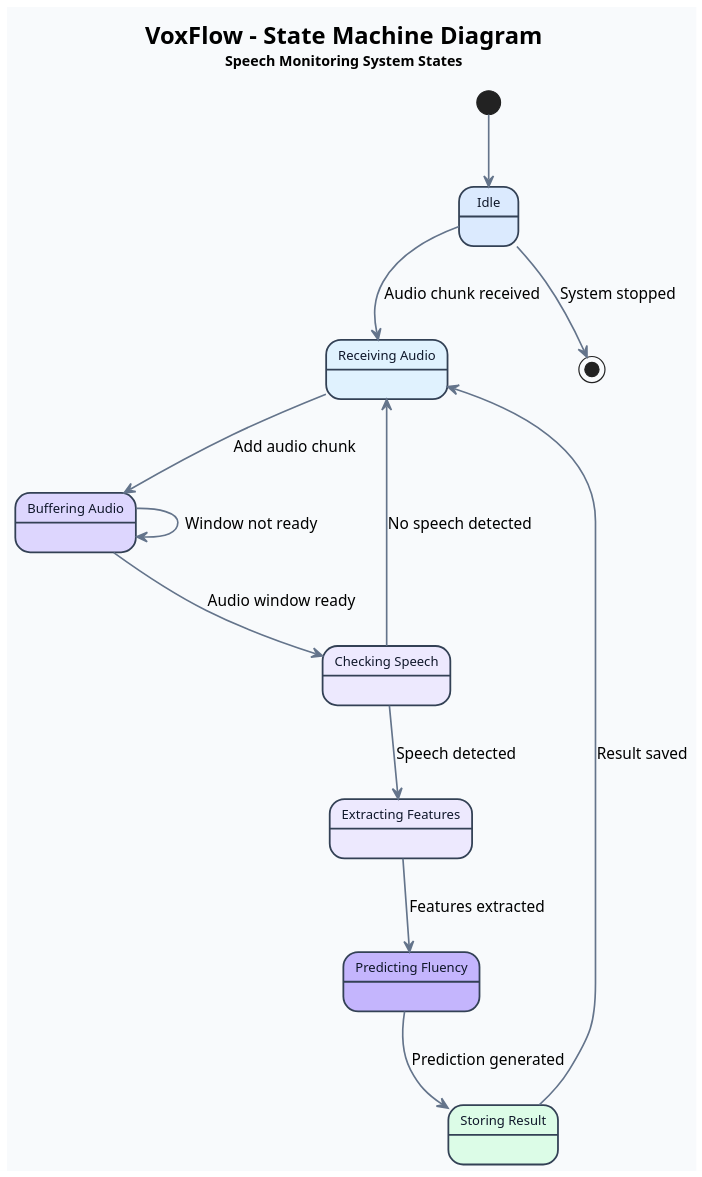
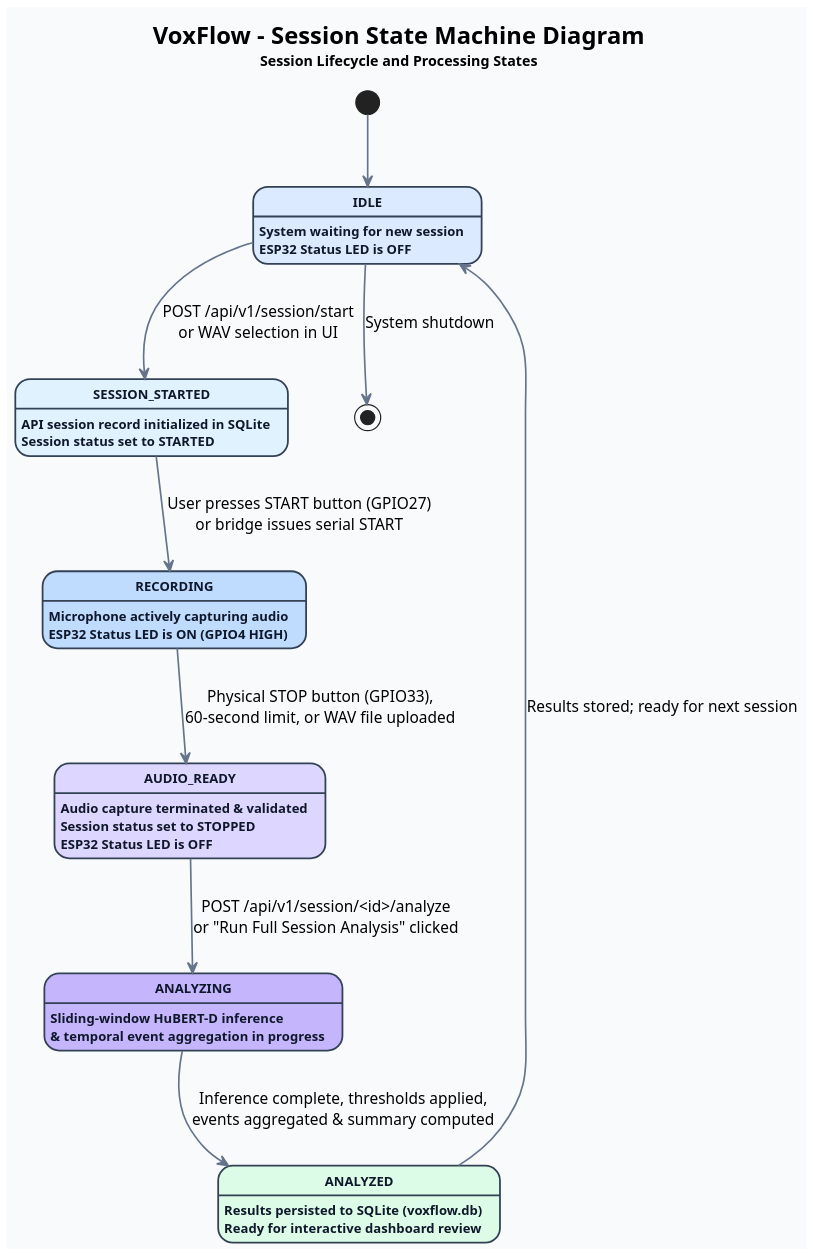
The diagram in VoxFlow_uml/VoxFlow_uml/uml/07_state_machine.puml (PetaSivaNandhanReddy/voxflow), drawn with PlantUML before and after one commit. The commit also changed 31 other files, not shown here.

Commit message:
docs: align uml architecture with final voxflow system

```diff
--- a/VoxFlow_uml/VoxFlow_uml/uml/07_state_machine.puml
+++ b/VoxFlow_uml/VoxFlow_uml/uml/07_state_machine.puml
@@ -1,51 +1,50 @@
 @startuml
-
-title <size:20><b>VoxFlow - State Machine Diagram</b></size>\n<size:12>Speech Monitoring System States</size>
+title <size:20><b>VoxFlow - Session State Machine Diagram</b></size>\n<size:12>Session Lifecycle and Processing States</size>
 
 top to bottom direction
 
 skinparam backgroundColor #F8FAFC
 skinparam shadowing false
 skinparam dpi 170
 
 skinparam state {
     BackgroundColor #FFFFFF
     BorderColor #334155
     BorderThickness 1.5
     FontColor #0F172A
     FontSize 11
+    FontStyle bold
 }
 
 skinparam ArrowColor #64748B
 skinparam ArrowThickness 1.4
 
+state "IDLE" as Idle #DBEAFE : System waiting for new session\nESP32 Status LED is OFF
 
-state "Idle" as Idle #DBEAFE
-state "Receiving Audio" as Receive #E0F2FE
-state "Buffering Audio" as Buffer #DDD6FE
-state "Checking Speech" as Speech #EDE9FE
-state "Extracting Features" as Features #EDE9FE
-state "Predicting Fluency" as Predict #C4B5FD
-state "Storing Result" as Store #DCFCE7
+state "SESSION_STARTED" as Started #E0F2FE : API session record initialized in SQLite\nSession status set to STARTED
 
+state "RECORDING" as Recording #BFDBFE : Microphone actively capturing audio\nESP32 Status LED is ON (GPIO4 HIGH)
+
+state "AUDIO_READY" as AudioReady #DDD6FE : Audio capture terminated & validated\nSession status set to STOPPED\nESP32 Status LED is OFF
+
+state "ANALYZING" as Analyzing #C4B5FD : Sliding-window HuBERT-D inference\n& temporal event aggregation in progress
+
+state "ANALYZED" as Analyzed #DCFCE7 : Results persisted to SQLite (voxflow.db)\nReady for interactive dashboard review
 
 [*] --> Idle
 
-Idle --> Receive : Audio chunk received
-Receive --> Buffer : Add audio chunk
+Idle --> Started : POST /api/v1/session/start\nor WAV selection in UI
 
-Buffer --> Buffer : Window not ready
-Buffer --> Speech : Audio window ready
+Started --> Recording : User presses START button (GPIO27)\nor bridge issues serial START
 
-Speech --> Receive : No speech detected
-Speech --> Features : Speech detected
+Recording --> AudioReady : Physical STOP button (GPIO33),\n60-second limit, or WAV file uploaded
 
-Features --> Predict : Features extracted
-Predict --> Store : Prediction generated
+AudioReady --> Analyzing : POST /api/v1/session/<id>/analyze\nor "Run Full Session Analysis" clicked
 
-Store --> Receive : Result saved
+Analyzing --> Analyzed : Inference complete, thresholds applied,\nevents aggregated & summary computed
 
-Idle --> [*] : System stopped
+Analyzed --> Idle : Results stored; ready for next session
 
+Idle --> [*] : System shutdown
 
 @enduml
```
